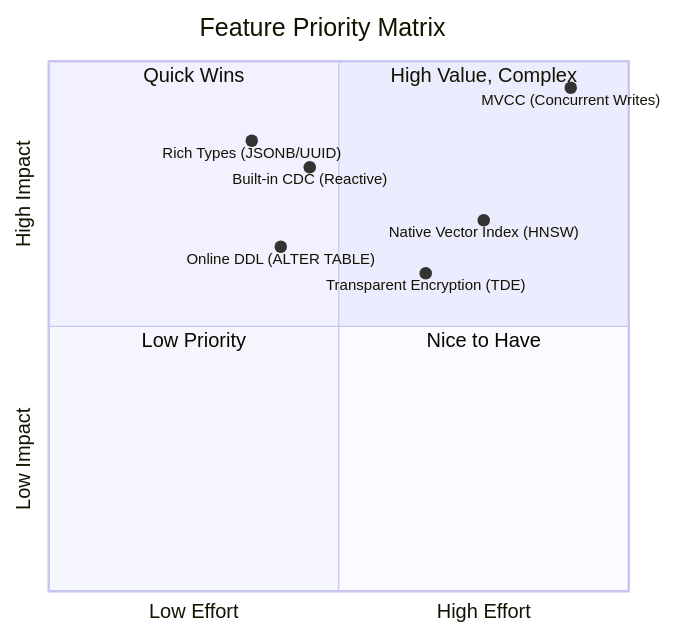
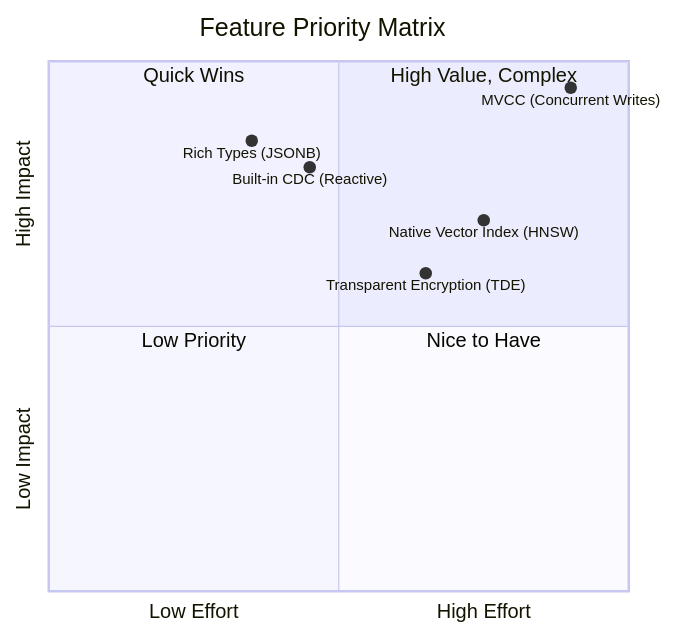
Before and after one commit to sphildreth/decentdb: the first of 4 diagrams in design/DECENTDB_FUTURE_WINS.md, drawn with Mermaid. The commit also changed other lines of this file, not shown here.

````diff
--- a/design/DECENTDB_FUTURE_WINS.md
+++ b/design/DECENTDB_FUTURE_WINS.md
@@ -13,16 +13,15 @@
 ```mermaid
 quadrantChart
     title Feature Priority Matrix
     x-axis Low Effort --> High Effort
     y-axis Low Impact --> High Impact
     quadrant-1 High Value, Complex
     quadrant-2 Quick Wins
     quadrant-3 Low Priority
     quadrant-4 Nice to Have
-    "Rich Types (JSONB/UUID)": [0.35, 0.85]
+    "Rich Types (JSONB)": [0.35, 0.85]
     "Built-in CDC (Reactive)": [0.45, 0.80]
-    "Online DDL (ALTER TABLE)": [0.40, 0.65]
     "MVCC (Concurrent Writes)": [0.90, 0.95]
     "Native Vector Index (HNSW)": [0.75, 0.70]
     "Transparent Encryption (TDE)": [0.65, 0.60]
 ```
````
